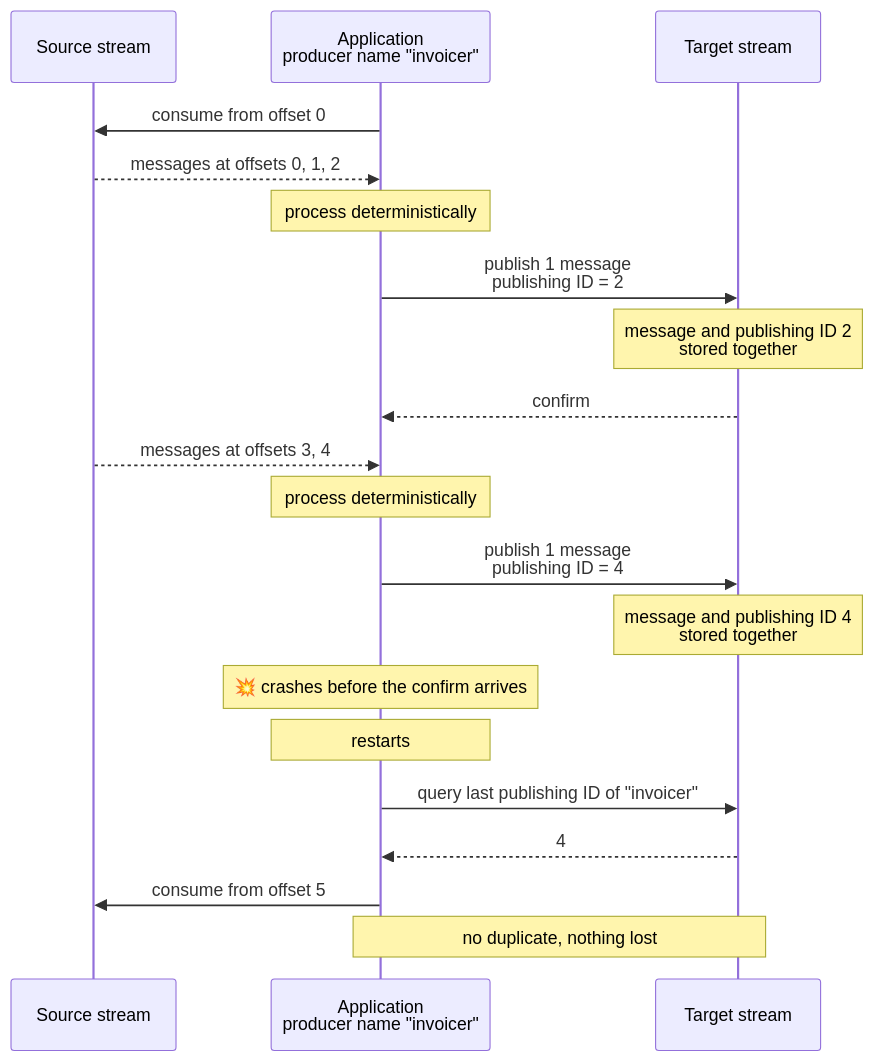
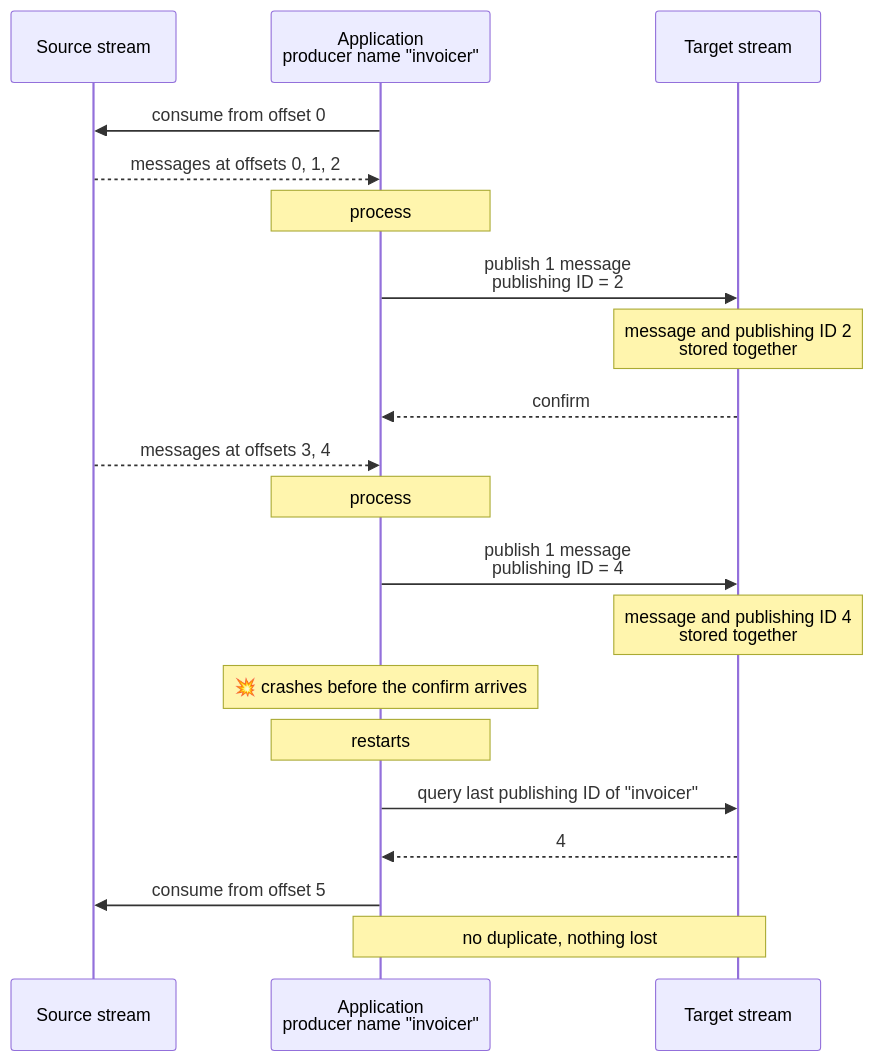
Before and after one commit to rabbitmq/rabbitmq-website: the diagram in docs/stream-effectively-once-processing.md, drawn with Mermaid. The commit also changed other lines of this file and 1 other file, not shown here.

````diff
--- a/docs/stream-effectively-once-processing.md
+++ b/docs/stream-effectively-once-processing.md
@@ -74,23 +73,23 @@
 ```mermaid
 sequenceDiagram
     participant S as Source stream
     participant A as Application<br/>producer name "invoicer"
     participant T as Target stream
 
     A->>S: consume from offset 0
     S-->>A: messages at offsets 0, 1, 2
-    Note over A: process deterministically
+    Note over A: process
     A->>T: publish 1 message<br/>publishing ID = 2
     Note over T: message and publishing ID 2<br/>stored together
     T-->>A: confirm
     S-->>A: messages at offsets 3, 4
-    Note over A: process deterministically
+    Note over A: process
     A->>T: publish 1 message<br/>publishing ID = 4
     Note over T: message and publishing ID 4<br/>stored together
     Note over A: 💥 crashes before the confirm arrives
     Note over A: restarts
     A->>T: query last publishing ID of "invoicer"
     T-->>A: 4
     A->>S: consume from offset 5
     Note over A,T: no duplicate, nothing lost
 ```
````
